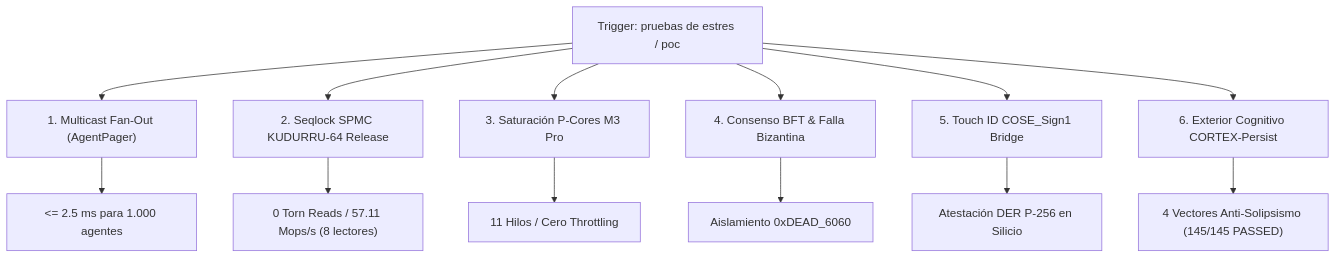
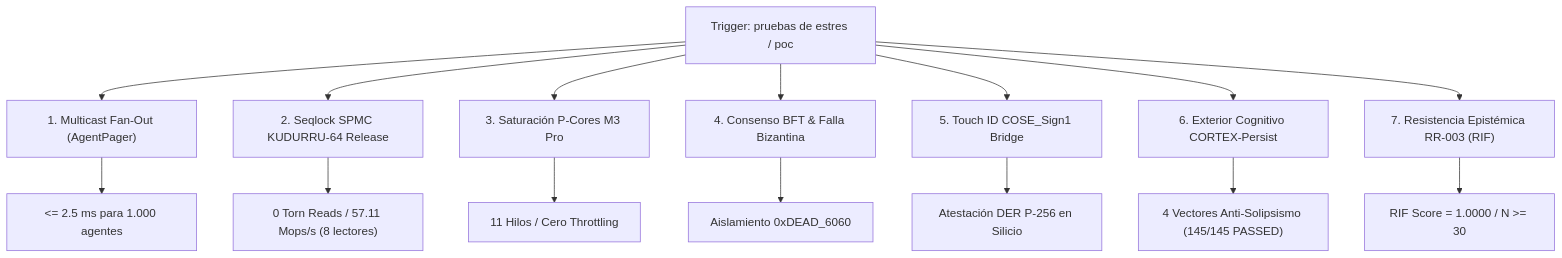
One commit to borjamoskv/cortex-persist changed the diagram in skills/c5-ring0-babylon-kernel/references/modules/c5-silicon-stress-suite/MODULE.md. Above: the diagram before and after it, drawn with Mermaid. The commit also changed 1 other file, not shown here.

Commit message:
feat(learned): c5 involuntary falsification resistance rule and rr003 stress vector

````diff
--- a/skills/c5-ring0-babylon-kernel/references/modules/c5-silicon-stress-suite/MODULE.md
+++ b/skills/c5-ring0-babylon-kernel/references/modules/c5-silicon-stress-suite/MODULE.md
@@ -32,16 +32,18 @@
 ```mermaid
 graph TD
     A["Trigger: pruebas de estres / poc"] --> B1["1. Multicast Fan-Out (AgentPager)"]
     A --> B2["2. Seqlock SPMC KUDURRU-64 Release"]
     A --> B3["3. Saturación P-Cores M3 Pro"]
     A --> B4["4. Consenso BFT & Falla Bizantina"]
     A --> B5["5. Touch ID COSE_Sign1 Bridge"]
     A --> B6["6. Exterior Cognitivo CORTEX-Persist"]
+    A --> B7["7. Resistencia Epistémica RR-003 (RIF)"]
 
     B1 --> C1["<= 2.5 ms para 1.000 agentes"]
     B2 --> C2["0 Torn Reads / 57.11 Mops/s (8 lectores)"]
     B3 --> C3["11 Hilos / Cero Throttling"]
     B4 --> C4["Aislamiento 0xDEAD_6060"]
     B5 --> C5["Atestación DER P-256 en Silicio"]
     B6 --> C6["4 Vectores Anti-Solipsismo (145/145 PASSED)"]
+    B7 --> C7["RIF Score = 1.0000 / N >= 30"]
 ```
````
